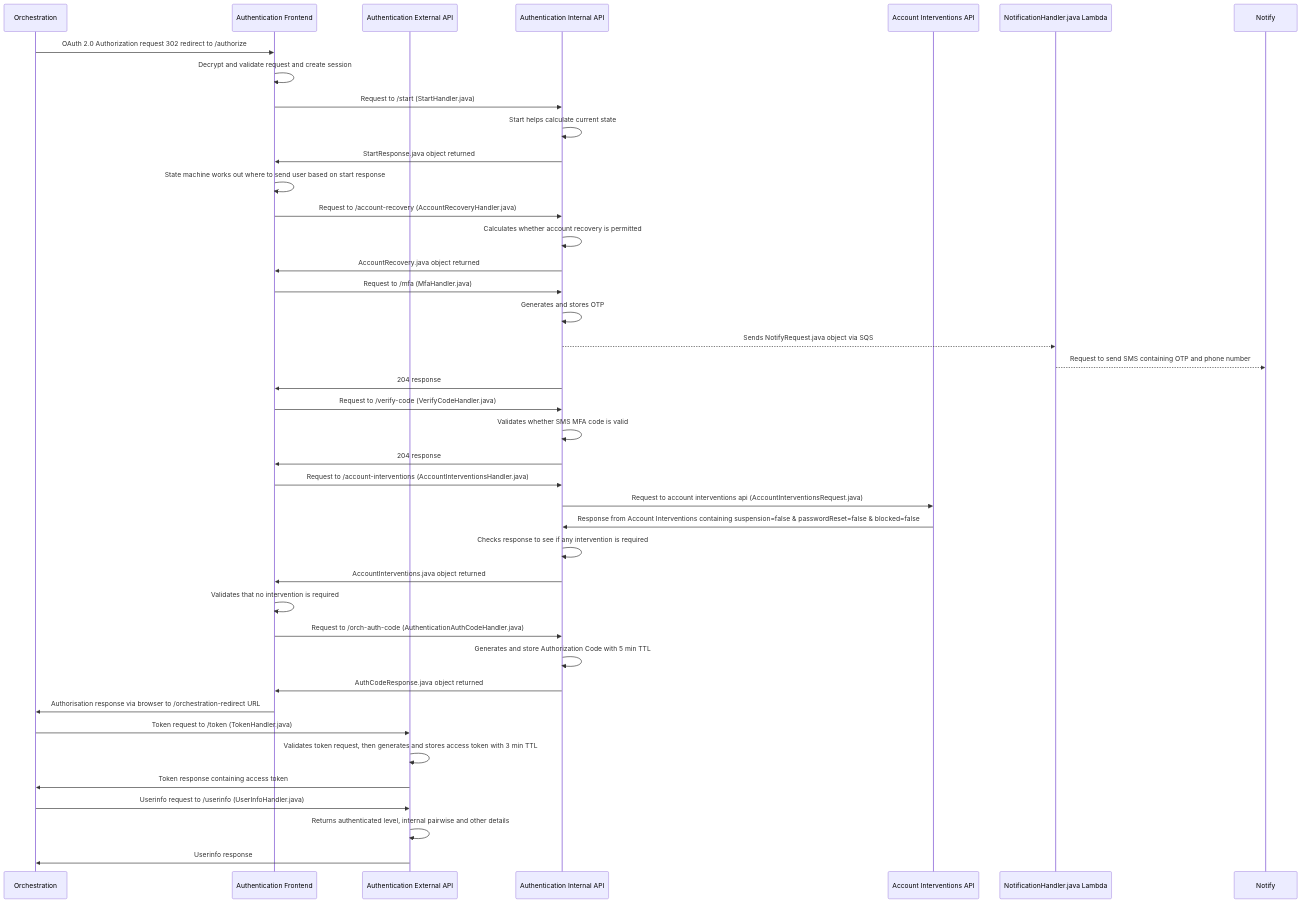
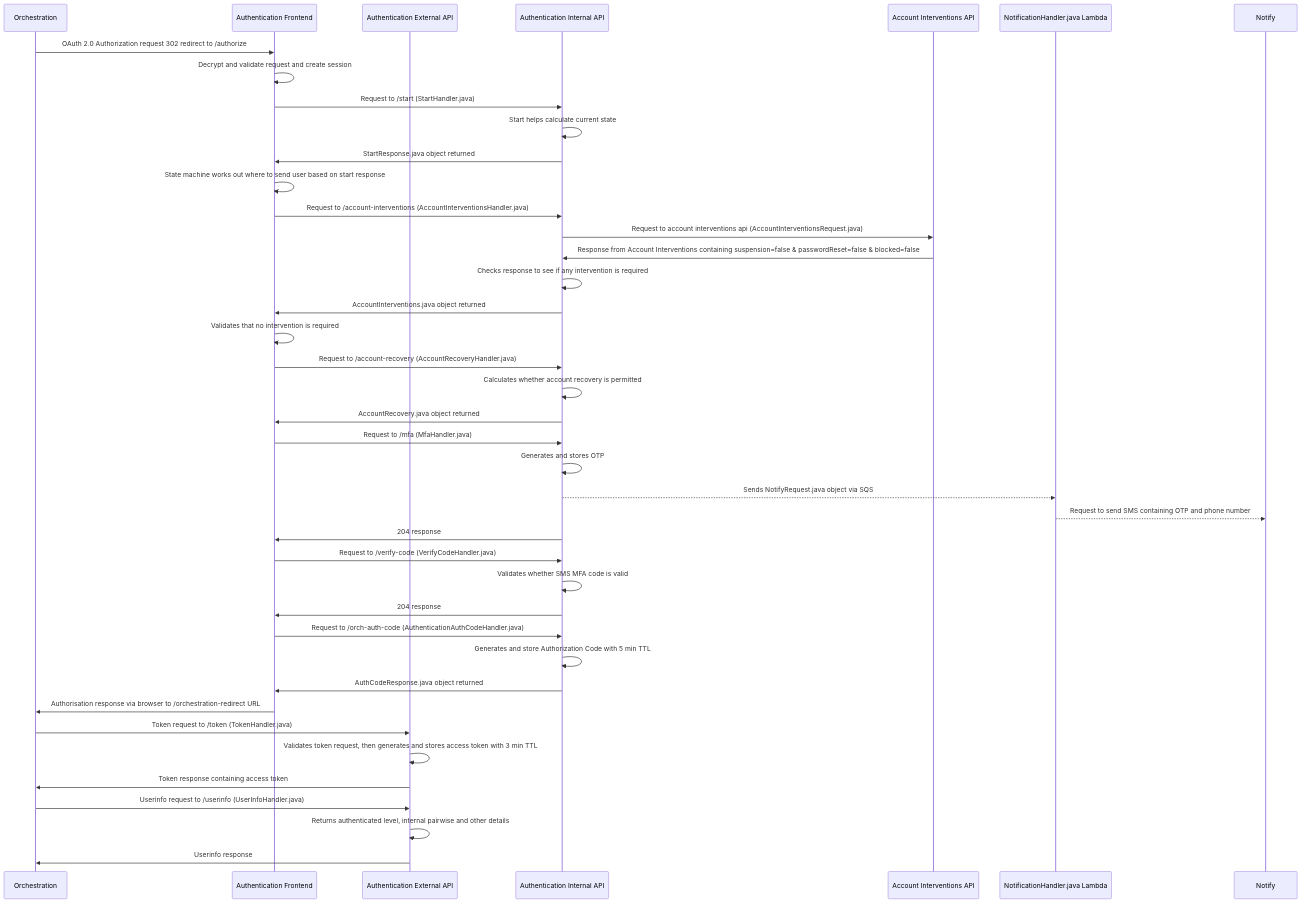
The diagram in docs/diagrams/authentication/login/account-interventions/uplift-sms/uplift-sms-no-intervention.mmd (govuk-one-login/authentication-api), drawn with Mermaid before and after one commit. The commit also changed other lines of this file and 28 other files, not shown here.

First line of the commit message:
BAU - Update interventions diagram

```diff
--- a/docs/diagrams/authentication/login/account-interventions/uplift-sms/uplift-sms-no-intervention.mmd
+++ b/docs/diagrams/authentication/login/account-interventions/uplift-sms/uplift-sms-no-intervention.mmd
@@ -1,41 +1,41 @@
 sequenceDiagram
     participant orch_api as Orchestration
     participant auth_frontend as Authentication Frontend
     participant auth_external_api as Authentication External API
     participant auth_internal_api as Authentication Internal API
     participant account_interventions as Account Interventions API
     participant notification_queue as NotificationHandler.java Lambda   
     participant notify as Notify   
     orch_api ->> auth_frontend : OAuth 2.0 Authorization request 302 redirect to /authorize
     auth_frontend ->> auth_frontend : Decrypt and validate request and create session   
     auth_frontend ->> auth_internal_api : Request to /start (StartHandler.java)
     auth_internal_api ->> auth_internal_api : Start helps calculate current state
     auth_internal_api ->> auth_frontend : StartResponse.java object returned
     auth_frontend ->> auth_frontend : State machine works out where to send user based on start response
+    auth_frontend ->> auth_internal_api : Request to /account-interventions (AccountInterventionsHandler.java)
+    auth_internal_api ->> account_interventions : Request to account interventions api (AccountInterventionsRequest.java)
+    account_interventions ->> auth_internal_api : Response from Account Interventions containing suspension=false & passwordReset=false & blocked=false
+    auth_internal_api ->> auth_internal_api : Checks response to see if any intervention is required
+    auth_internal_api ->> auth_frontend: AccountInterventions.java object returned
+    auth_frontend ->> auth_frontend : Validates that no intervention is required
     auth_frontend ->> auth_internal_api : Request to /account-recovery (AccountRecoveryHandler.java)
     auth_internal_api ->> auth_internal_api : Calculates whether account recovery is permitted
     auth_internal_api ->> auth_frontend: AccountRecovery.java object returned
     auth_frontend ->> auth_internal_api : Request to /mfa (MfaHandler.java)
     auth_internal_api ->> auth_internal_api : Generates and stores OTP
     auth_internal_api -->> notification_queue : Sends NotifyRequest.java object via SQS
     notification_queue -->> notify : Request to send SMS containing OTP and phone number
     auth_internal_api ->> auth_frontend : 204 response 
     auth_frontend ->> auth_internal_api : Request to /verify-code (VerifyCodeHandler.java)
     auth_internal_api ->> auth_internal_api : Validates whether SMS MFA code is valid
     auth_internal_api ->> auth_frontend: 204 response
-    auth_frontend ->> auth_internal_api : Request to /account-interventions (AccountInterventionsHandler.java)
-    auth_internal_api ->> account_interventions : Request to account interventions api (AccountInterventionsRequest.java)
-    account_interventions ->> auth_internal_api : Response from Account Interventions containing suspension=false & passwordReset=false & blocked=false
-    auth_internal_api ->> auth_internal_api : Checks response to see if any intervention is required
-    auth_internal_api ->> auth_frontend: AccountInterventions.java object returned
-    auth_frontend ->> auth_frontend : Validates that no intervention is required
     auth_frontend ->> auth_internal_api : Request to /orch-auth-code (AuthenticationAuthCodeHandler.java)
     auth_internal_api ->> auth_internal_api : Generates and store Authorization Code with 5 min TTL
     auth_internal_api ->> auth_frontend: AuthCodeResponse.java object returned
     auth_frontend ->> orch_api : Authorisation response via browser to /orchestration-redirect URL
     orch_api ->> auth_external_api: Token request to /token (TokenHandler.java)
     auth_external_api ->> auth_external_api : Validates token request, then generates and stores access token with 3 min TTL
     auth_external_api ->> orch_api : Token response containing access token
     orch_api ->> auth_external_api: Userinfo request to /userinfo (UserInfoHandler.java)
     auth_external_api ->> auth_external_api: Returns authenticated level, internal pairwise and other details
     auth_external_api ->> orch_api : Userinfo response
```
